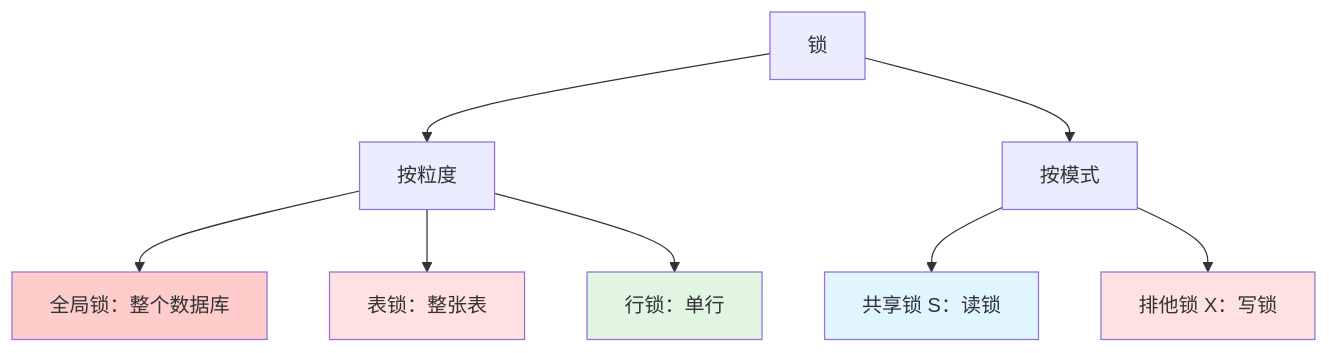
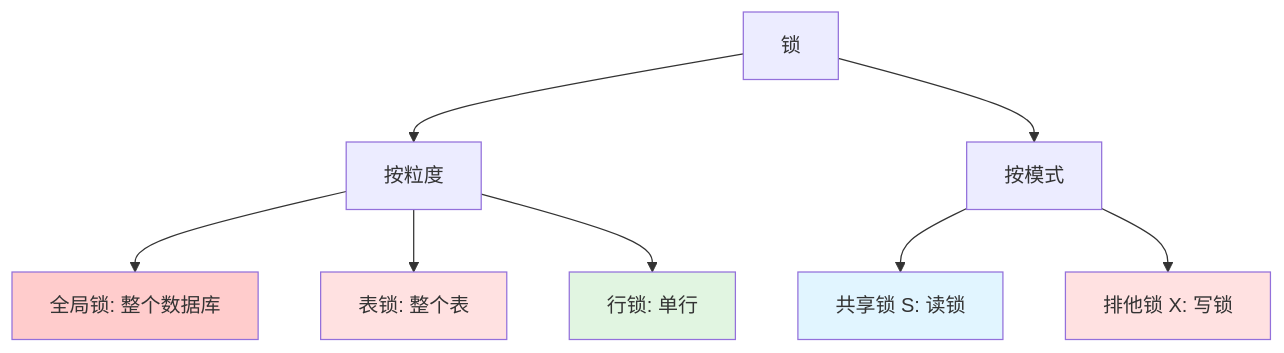
Before and after one commit to YiWang24/AiDIY: the first of 3 diagrams in i18n/zh-Hans/docusaurus-plugin-content-docs/current/cs/database/mysql/locking.mdx, drawn with Mermaid. The commit also changed other lines of this file and 59 other files, not shown here.

````diff
--- a/i18n/zh-Hans/docusaurus-plugin-content-docs/current/cs/database/mysql/locking.mdx
+++ b/i18n/zh-Hans/docusaurus-plugin-content-docs/current/cs/database/mysql/locking.mdx
@@ -38,18 +38,18 @@
 ```mermaid
 graph TD
     A[锁] --> B[按粒度]
     A --> C[按模式]
 
-    B --> D["全局锁：整个数据库"]
-    B --> E["表锁：整张表"]
-    B --> F["行锁：单行"]
+    B --> D["全局锁: 整个数据库"]
+    B --> E["表锁: 整个表"]
+    B --> F["行锁: 单行"]
 
-    C --> G["共享锁 S：读锁"]
-    C --> H["排他锁 X：写锁"]
+    C --> G["共享锁 S: 读锁"]
+    C --> H["排他锁 X: 写锁"]
 
     style D fill:#ffcccc
     style E fill:#ffe1e1
     style F fill:#e1f5e1
     style G fill:#e1f5ff
     style H fill:#ffe1e1
 ```
````
